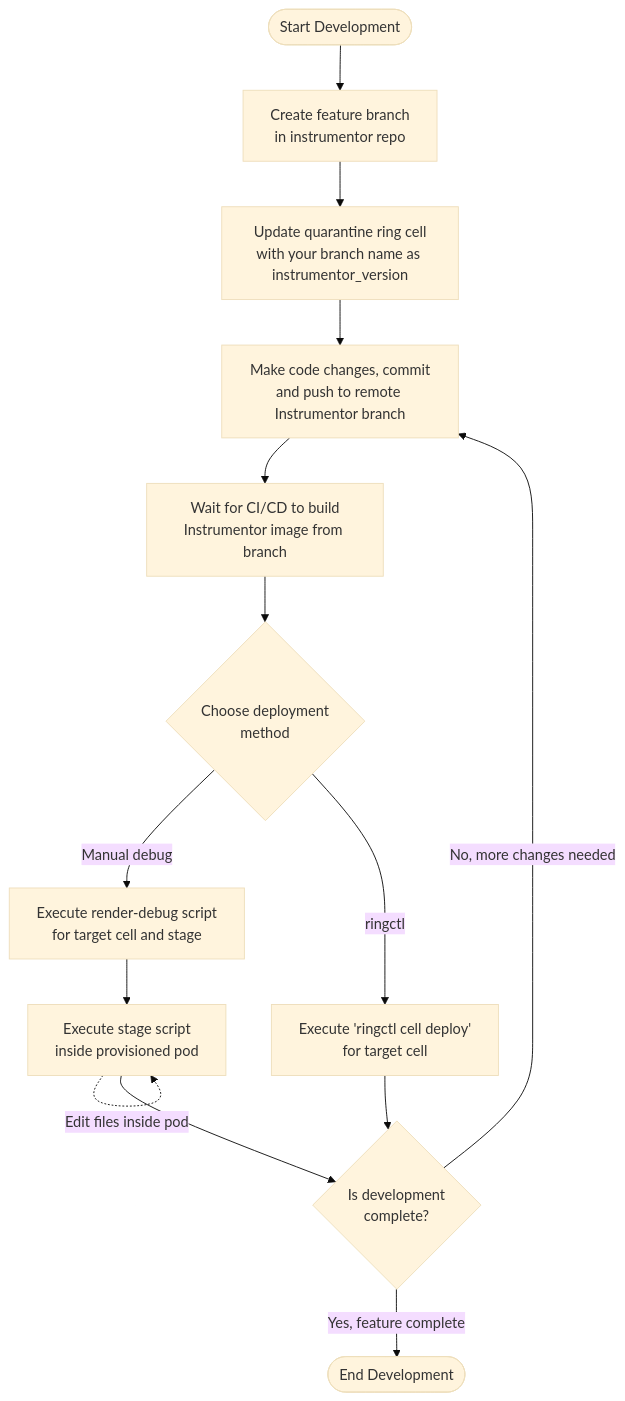
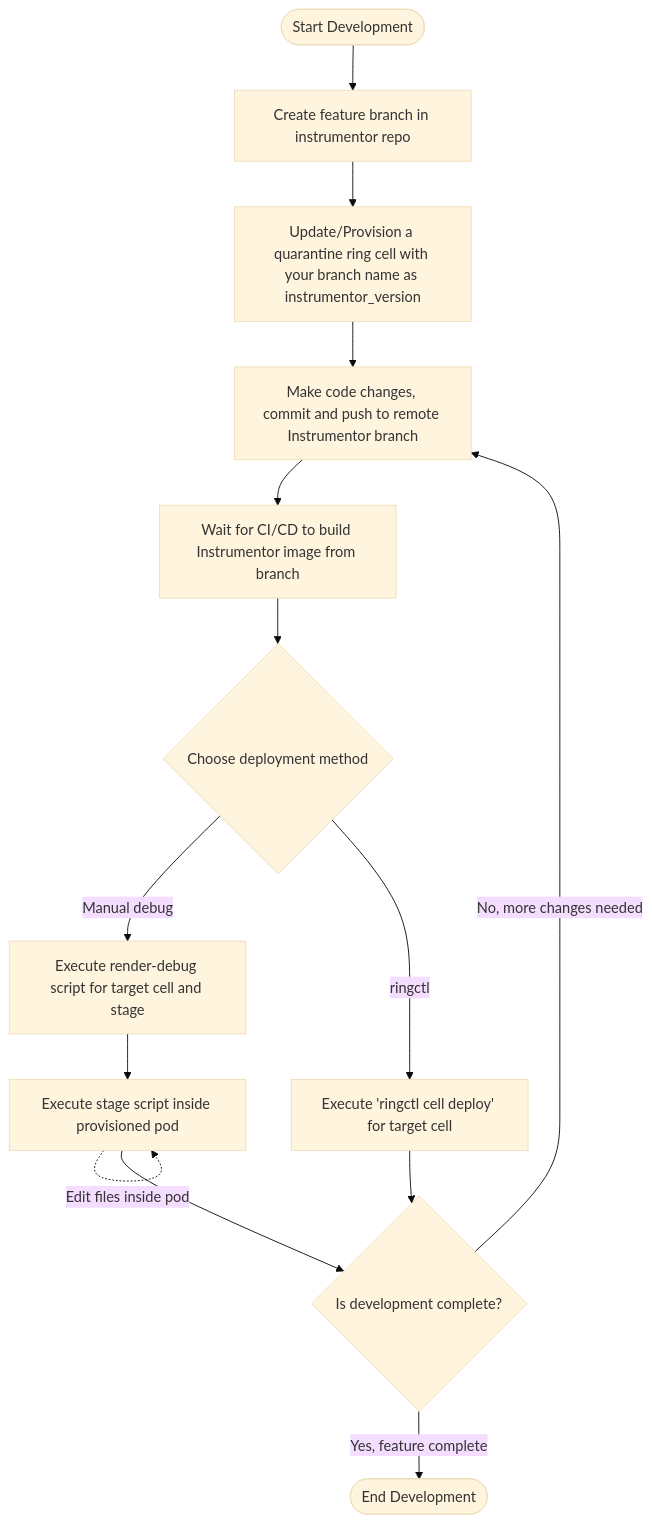
One commit to mattrussi/gitlab-com-runbooks changed the second of 2 diagrams in docs/cells/infra-development.md. Above: the diagram before and after it, drawn with Mermaid (base theme). The commit also changed other lines of this file and 3 other files, not shown here.

````diff
--- a/docs/cells/infra-development.md
+++ b/docs/cells/infra-development.md
@@ -59,27 +59,27 @@
 ```mermaid
 flowchart TD
-    Start([Start Development]) --> CreateBranch[Create feature branch\nin instrumentor repo]
-    CreateBranch --> UpdateCell[Update quarantine ring cell\nwith your branch name as instrumentor_version]
-    UpdateCell --> MakeChanges[Make code changes, commit\nand push to remote Instrumentor branch]
-    MakeChanges --> WaitBuild[Wait for CI/CD to build\nInstrumentor image from branch]
+    Start([Start Development]) --> CreateBranch[Create feature branch in instrumentor repo]
+    CreateBranch --> UpdateCell[Update/Provision a quarantine ring cell with your branch name as instrumentor_version]
+    UpdateCell --> MakeChanges[Make code changes, commit and push to remote Instrumentor branch]
+    MakeChanges --> WaitBuild[Wait for CI/CD to build Instrumentor image from branch]
 
     %% Decision point for deployment method
-    WaitBuild --> DeployMethod{Choose deployment\nmethod}
+    WaitBuild --> DeployMethod{Choose deployment method}
 
     %% Render-debug path
-    DeployMethod -->|Manual debug| RenderDebug[Execute render-debug script\nfor target cell and stage]
-    RenderDebug --> RunStage[Execute stage script\ninside provisioned pod]
+    DeployMethod -->|Manual debug| RenderDebug[Execute render-debug script for target cell and stage]
+    RenderDebug --> RunStage[Execute stage script inside provisioned pod]
 
     %% Pod edit cycle as a self-loop
     RunStage --> DevComplete
     RunStage -.-> |Edit files inside pod| RunStage
 
     %% Alternative path using ringctl
-    DeployMethod -->|ringctl| RingctlDeploy[Execute 'ringctl cell deploy'\nfor target cell]
+    DeployMethod -->|ringctl| RingctlDeploy[Execute 'ringctl cell deploy' for target cell]
 
     %% Both paths converge at development completion check
-    RingctlDeploy --> DevComplete{Is development\ncomplete?}
+    RingctlDeploy --> DevComplete{Is development complete?}
 
     DevComplete -->|No, more changes needed| MakeChanges
     DevComplete -->|Yes, feature complete| End([End Development])
 ```
````
